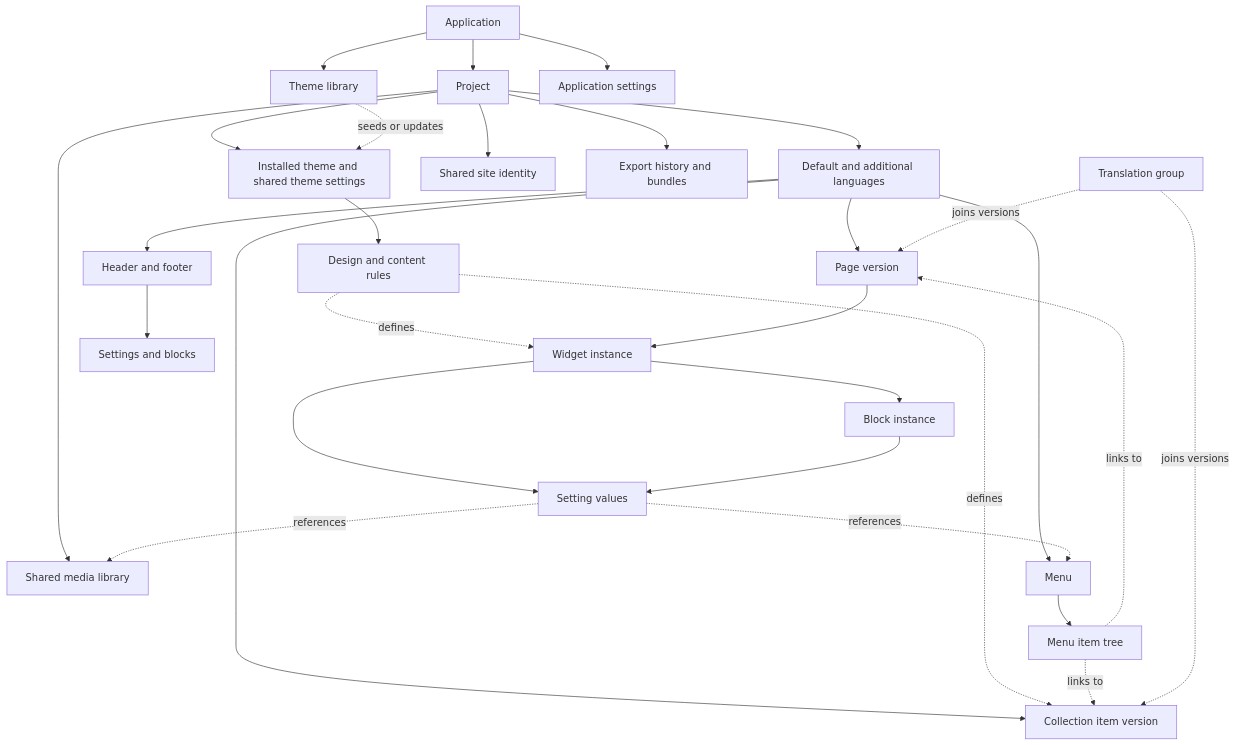
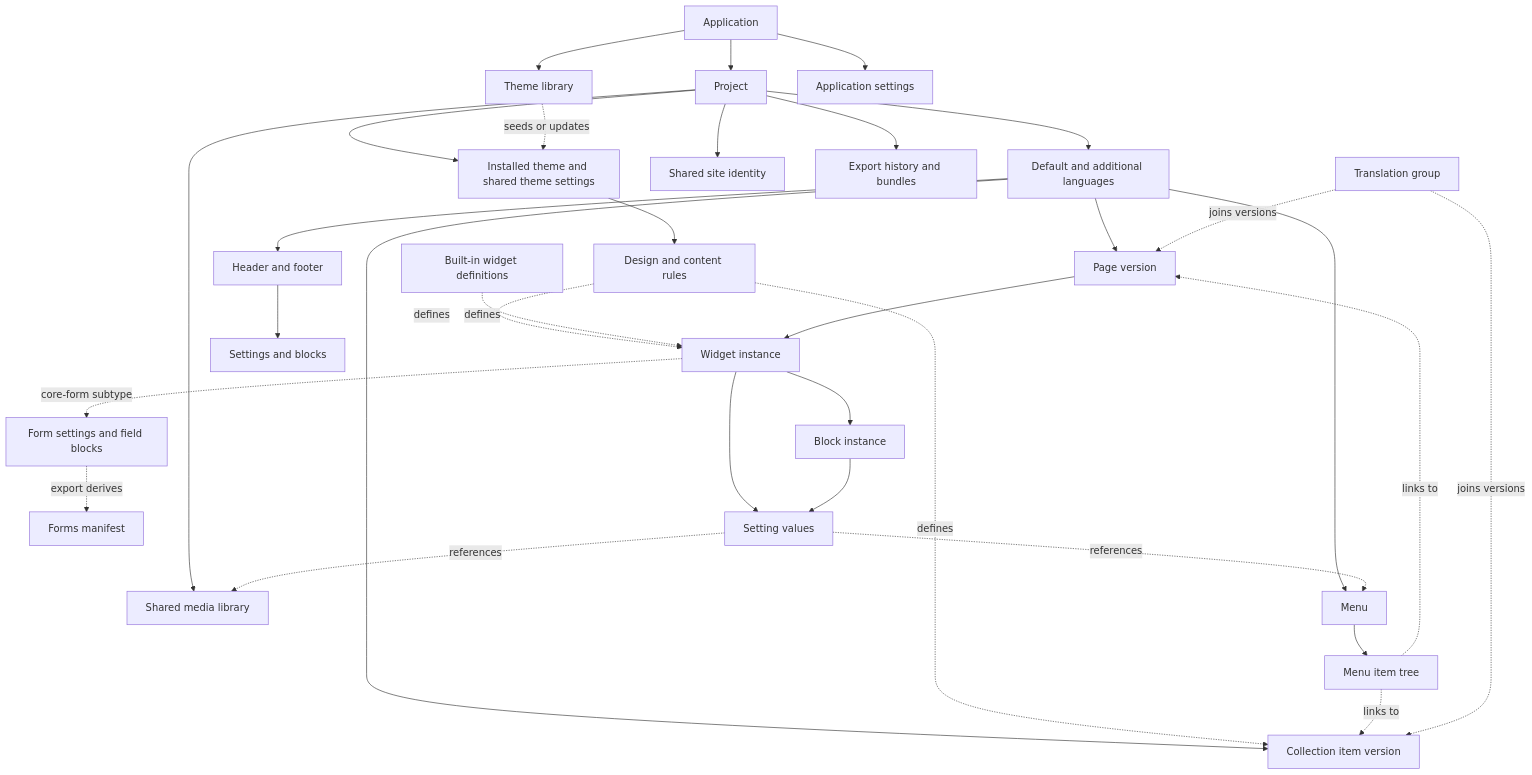
The diagram in docs-llms/domain/README.md (tsiger/widgetizer), drawn with Mermaid before and after one commit. The commit also changed other lines of this file and 19 other files, not shown here.

Commit message:
docs: expand domain guides for multilingual content and core forms

````diff
--- a/docs-llms/domain/README.md
+++ b/docs-llms/domain/README.md
@@ -30,31 +30,34 @@
 ```mermaid
 flowchart TD
   App[Application] --> Project[Project]
   App --> Library[Theme library]
   App --> AppSettings[Application settings]
   Project --> Languages[Default and additional languages]
   Project --> Theme[Installed theme and shared theme settings]
   Library -. seeds or updates .-> Theme
   Project --> Media[Shared media library]
   Project --> Identity[Shared site identity]
   Project --> Exports[Export history and bundles]
   Languages --> Page[Page version]
   Languages --> Globals[Header and footer]
   Languages --> Menu[Menu]
   Languages --> Item[Collection item version]
   Theme --> Schemas[Design and content rules]
   Schemas -. defines .-> Widget[Widget instance]
   Schemas -. defines .-> Item
+  Core[Built-in widget definitions] -. defines .-> Widget
+  Widget -. core-form subtype .-> Form[Form settings and field blocks]
+  Form -. export derives .-> FormManifest[Forms manifest]
   Page --> Widget
   Widget --> Block[Block instance]
   Widget --> Settings[Setting values]
   Block --> Settings
   Globals --> GlobalSettings[Settings and blocks]
   Menu --> MenuItem[Menu item tree]
   Settings -. references .-> Media
   Settings -. references .-> Menu
   MenuItem -. links to .-> Page
   MenuItem -. links to .-> Item
   Group[Translation group] -. joins versions .-> Page
   Group -. joins versions .-> Item
 ```
````
